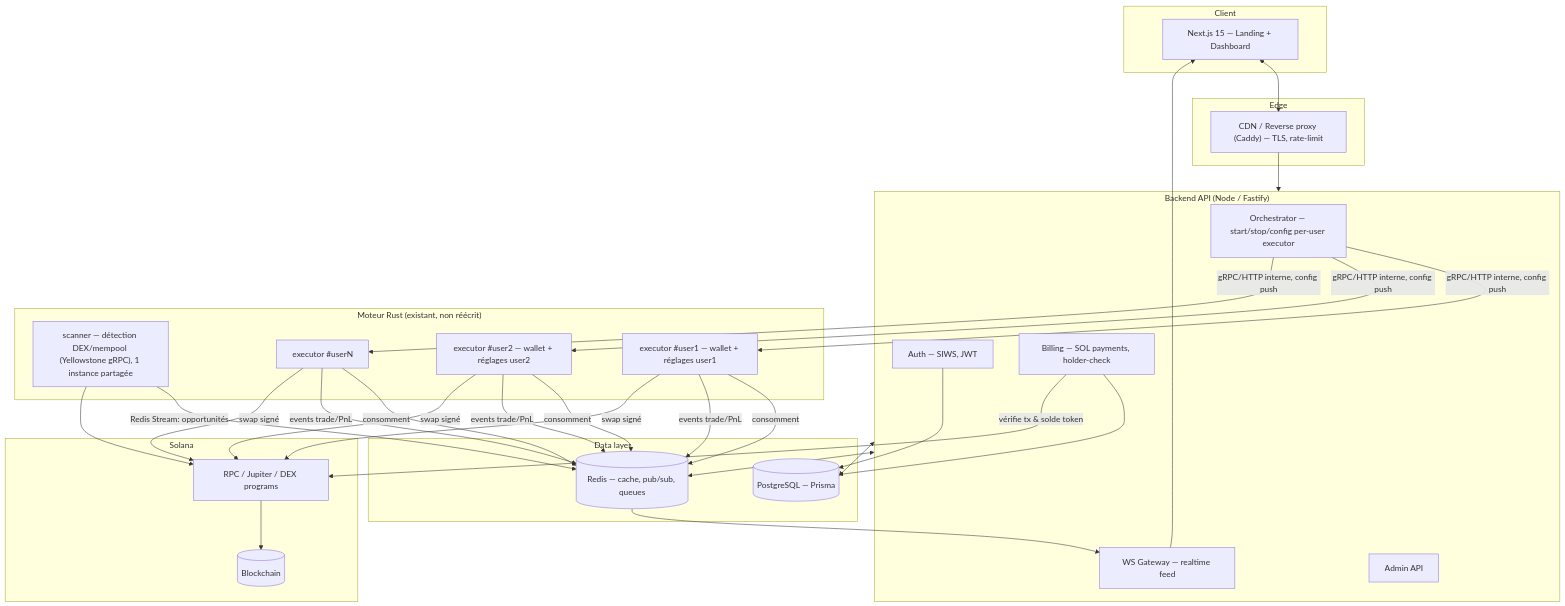
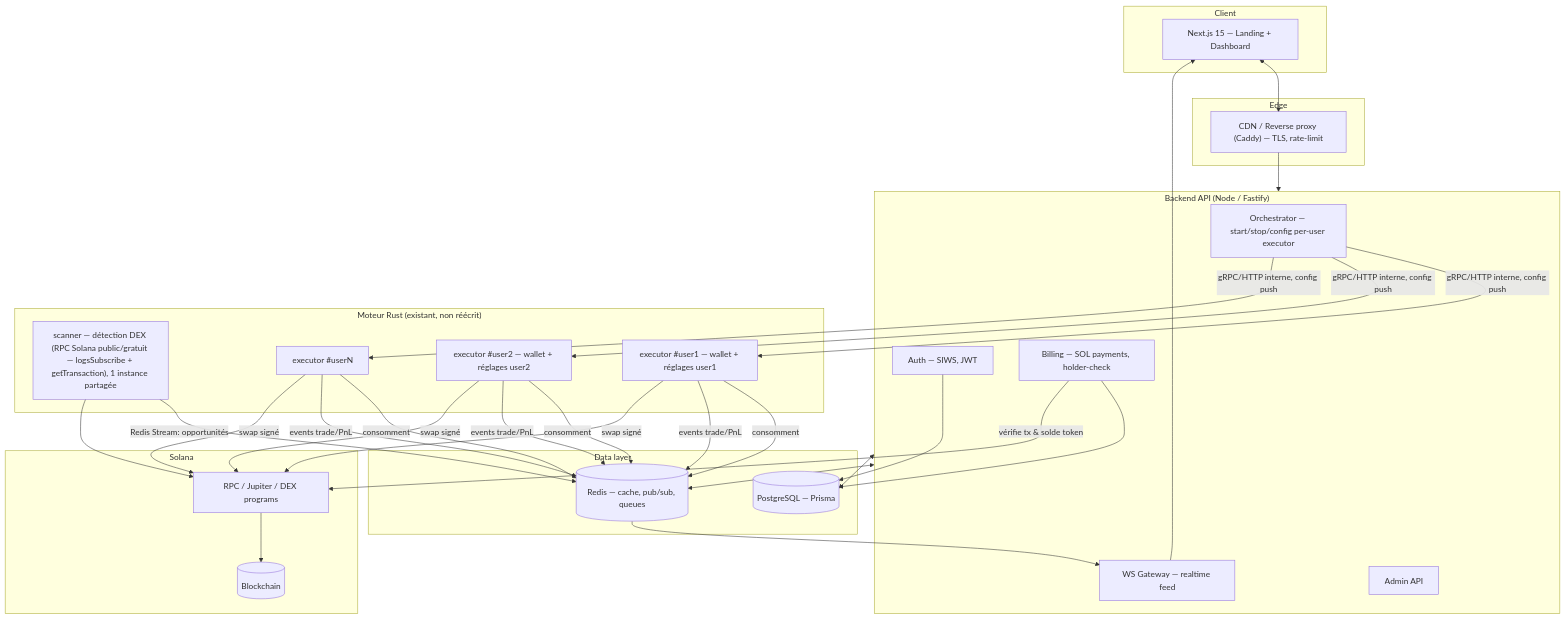
The diagram in docs/ARCHITECTURE.md (Exceliumone/Pablo), drawn with Mermaid before and after one commit. The commit also changed other lines of this file and 15 other files, not shown here.

````diff
--- a/docs/ARCHITECTURE.md
+++ b/docs/ARCHITECTURE.md
@@ -65,48 +78,48 @@
 ```mermaid
 flowchart TB
     subgraph Client["Client"]
         WEB["Next.js 15 — Landing + Dashboard"]
     end
 
     subgraph Edge["Edge"]
         CDN["CDN / Reverse proxy (Caddy) — TLS, rate-limit"]
     end
 
     subgraph Backend["Backend API (Node / Fastify)"]
         AUTH["Auth — SIWS, JWT"]
         BILLING["Billing — SOL payments, holder-check"]
         ORCH["Orchestrator — start/stop/config per-user executor"]
         WS["WS Gateway — realtime feed"]
         ADMIN["Admin API"]
     end
 
     subgraph Data["Data layer"]
         PG[("PostgreSQL — Prisma")]
         REDIS[("Redis — cache, pub/sub, queues")]
     end
 
     subgraph RustEngine["Moteur Rust (existant, non réécrit)"]
-        SCANNER["scanner — détection DEX/mempool (Yellowstone gRPC), 1 instance partagée"]
+        SCANNER["scanner — détection DEX (RPC Solana public/gratuit — logsSubscribe + getTransaction), 1 instance partagée"]
         EXEC1["executor #user1 — wallet + réglages user1"]
         EXEC2["executor #user2 — wallet + réglages user2"]
         EXECN["executor #userN"]
     end
 
     subgraph SOL["Solana"]
         RPC["RPC / Jupiter / DEX programs"]
         CHAIN[("Blockchain")]
     end
 
     WEB <--> CDN --> Backend
     AUTH --> PG
     BILLING --> PG
     BILLING -->|vérifie tx & solde token| RPC
     ORCH -->|gRPC/HTTP interne, config push| EXEC1 & EXEC2 & EXECN
     SCANNER -->|Redis Stream: opportunités| REDIS
     EXEC1 & EXEC2 & EXECN -->|consomment| REDIS
     EXEC1 & EXEC2 & EXECN -->|events trade/PnL| REDIS --> WS --> WEB
     EXEC1 & EXEC2 & EXECN -->|swap signé| RPC --> CHAIN
     SCANNER --> RPC
     Backend <--> PG
     Backend <--> REDIS
 ```
````
